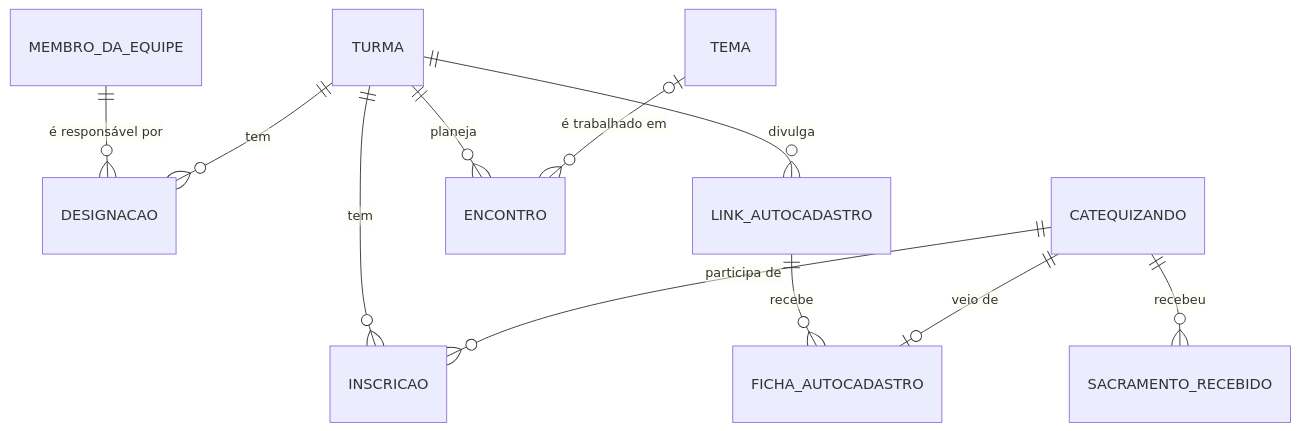
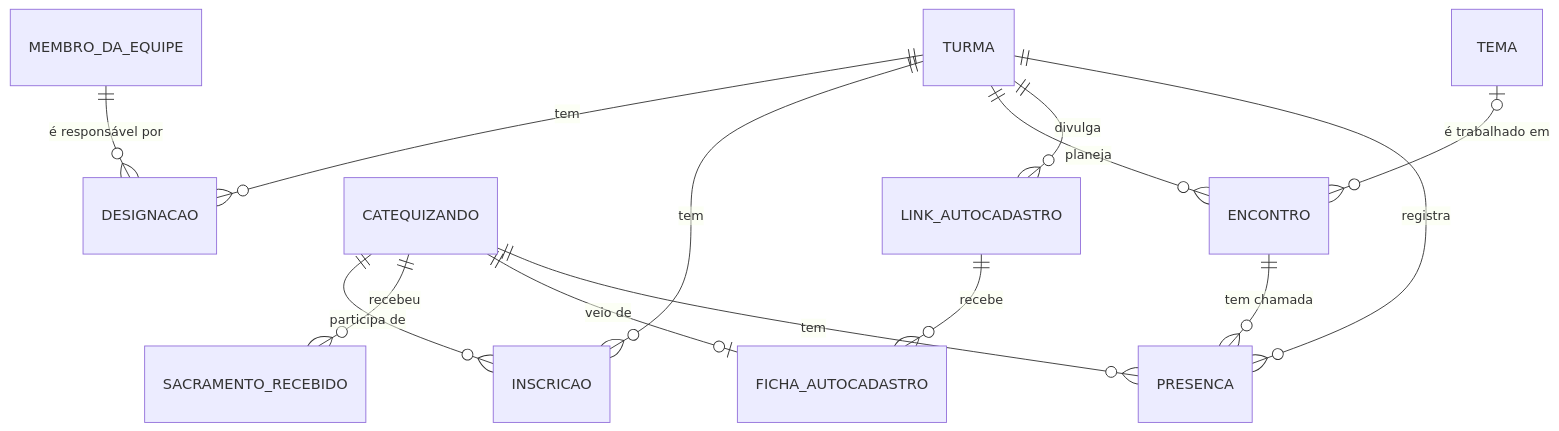
The second of 3 diagrams in README.md (geraugu/acutis-catequese), drawn with Mermaid before and after one commit. The commit also changed other lines of this file, not shown here.

````diff
--- a/README.md
+++ b/README.md
@@ -80,13 +80,16 @@
 ```mermaid
 erDiagram
     MEMBRO_DA_EQUIPE ||--o{ DESIGNACAO : "é responsável por"
     TURMA ||--o{ DESIGNACAO : tem
     TURMA ||--o{ INSCRICAO : tem
     CATEQUIZANDO ||--o{ INSCRICAO : "participa de"
     CATEQUIZANDO ||--o{ SACRAMENTO_RECEBIDO : recebeu
     TURMA ||--o{ ENCONTRO : "planeja"
     TEMA |o--o{ ENCONTRO : "é trabalhado em"
     TURMA ||--o{ LINK_AUTOCADASTRO : "divulga"
     LINK_AUTOCADASTRO ||--o{ FICHA_AUTOCADASTRO : recebe
     CATEQUIZANDO ||--o| FICHA_AUTOCADASTRO : "veio de"
+    ENCONTRO ||--o{ PRESENCA : "tem chamada"
+    CATEQUIZANDO ||--o{ PRESENCA : "tem"
+    TURMA ||--o{ PRESENCA : "registra"
 ```
````
